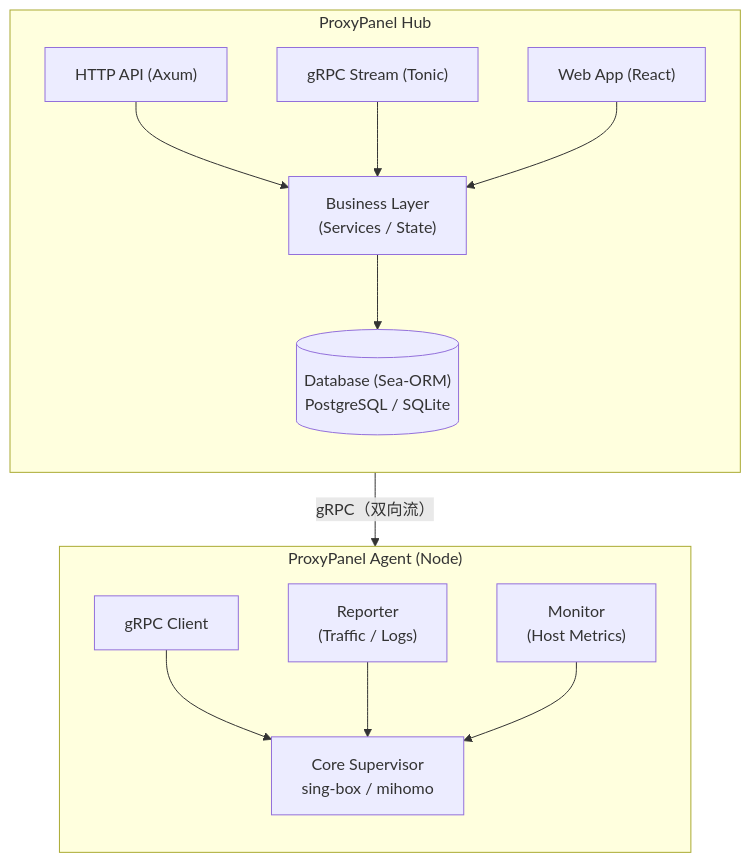
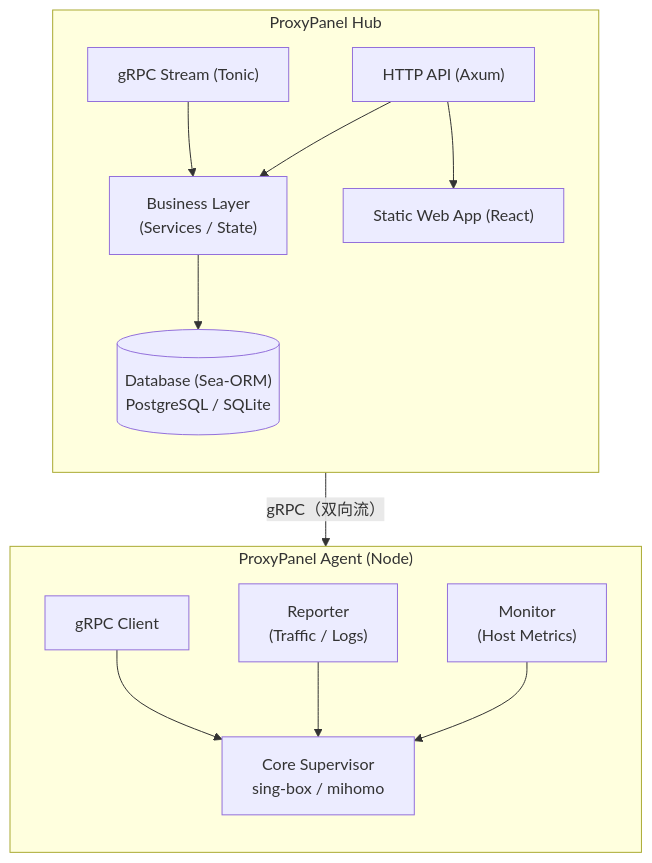
One commit to ybakiame/multi-proxy-panel changed the diagram in README.md. Above: the diagram before and after it, drawn with Mermaid. The commit also changed other lines of this file and 5 other files, not shown here.

````diff
--- a/README.md
+++ b/README.md
@@ -27,26 +26,26 @@
 ```mermaid
 flowchart TB
     subgraph hub["ProxyPanel Hub"]
         direction TB
         api["HTTP API (Axum)"]
         grpc["gRPC Stream (Tonic)"]
-        web["Web App (React)"]
+        web["Static Web App (React)"]
         biz["Business Layer<br/>(Services / State)"]
         db[("Database (Sea-ORM)<br/>PostgreSQL / SQLite")]
         api --> biz
         grpc --> biz
-        web --> biz
         biz --> db
+        api --> web
     end
     subgraph agent["ProxyPanel Agent (Node)"]
         direction TB
         gc["gRPC Client"]
         rep["Reporter<br/>(Traffic / Logs)"]
         mon["Monitor<br/>(Host Metrics)"]
         sup["Core Supervisor<br/>sing-box / mihomo"]
         gc --> sup
         rep --> sup
         mon --> sup
     end
     hub -- "gRPC（双向流）" --> agent
 ```
````
